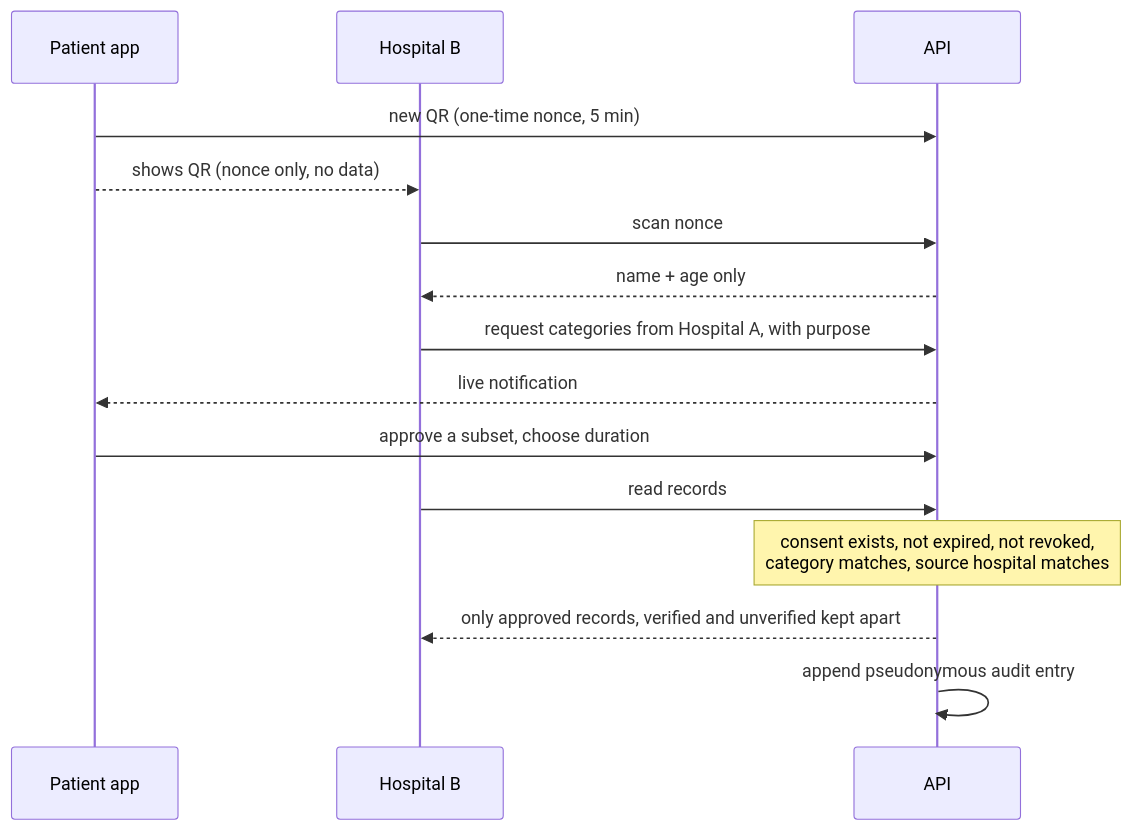
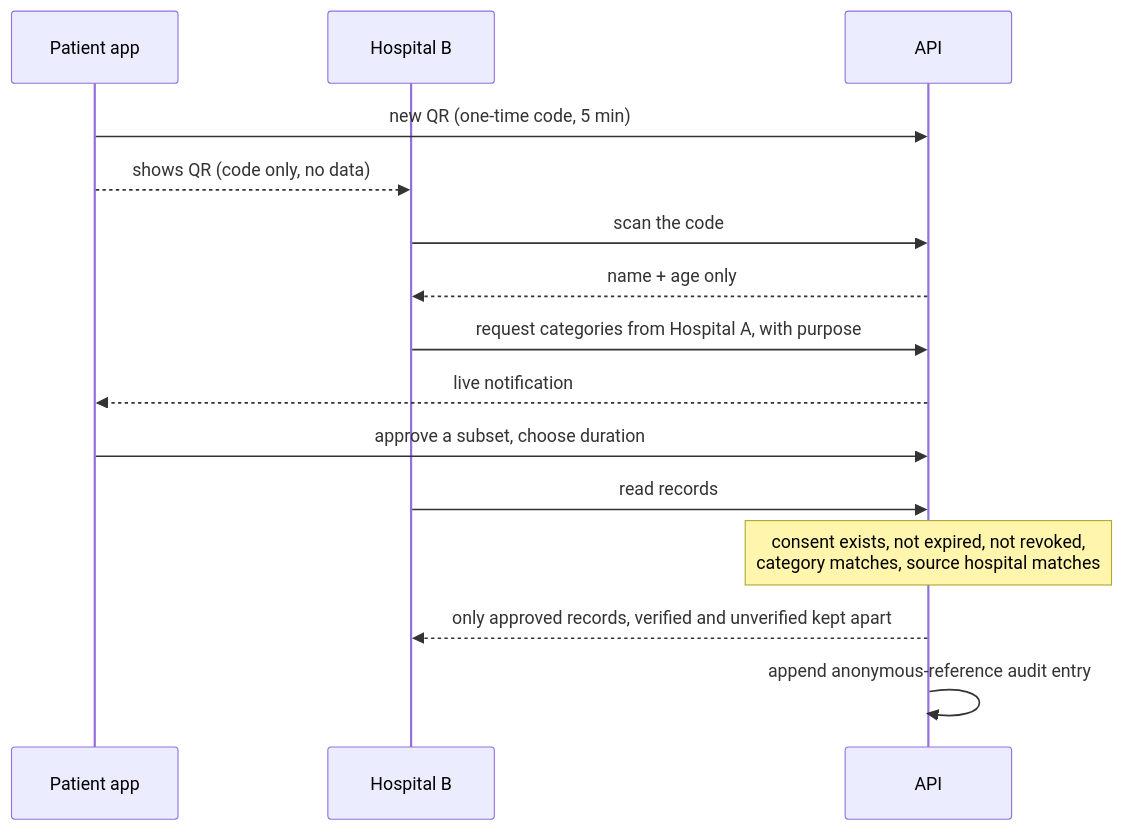
One commit to Anshib-m/Offgrid- changed the second of 2 diagrams in README.md. Above: the diagram before and after it, drawn with Mermaid. The commit also changed other lines of this file, not shown here.

````diff
--- a/README.md
+++ b/README.md
@@ -91,17 +139,17 @@
 ```mermaid
 sequenceDiagram
   participant Pt as Patient app
   participant B as Hospital B
   participant API as API
-  Pt->>API: new QR (one-time nonce, 5 min)
-  Pt-->>B: shows QR (nonce only, no data)
-  B->>API: scan nonce
+  Pt->>API: new QR (one-time code, 5 min)
+  Pt-->>B: shows QR (code only, no data)
+  B->>API: scan the code
   API-->>B: name + age only
   B->>API: request categories from Hospital A, with purpose
   API-->>Pt: live notification
   Pt->>API: approve a subset, choose duration
   B->>API: read records
   Note over API: consent exists, not expired, not revoked,<br/>category matches, source hospital matches
   API-->>B: only approved records, verified and unverified kept apart
-  API->>API: append pseudonymous audit entry
+  API->>API: append anonymous-reference audit entry
 ```
````
